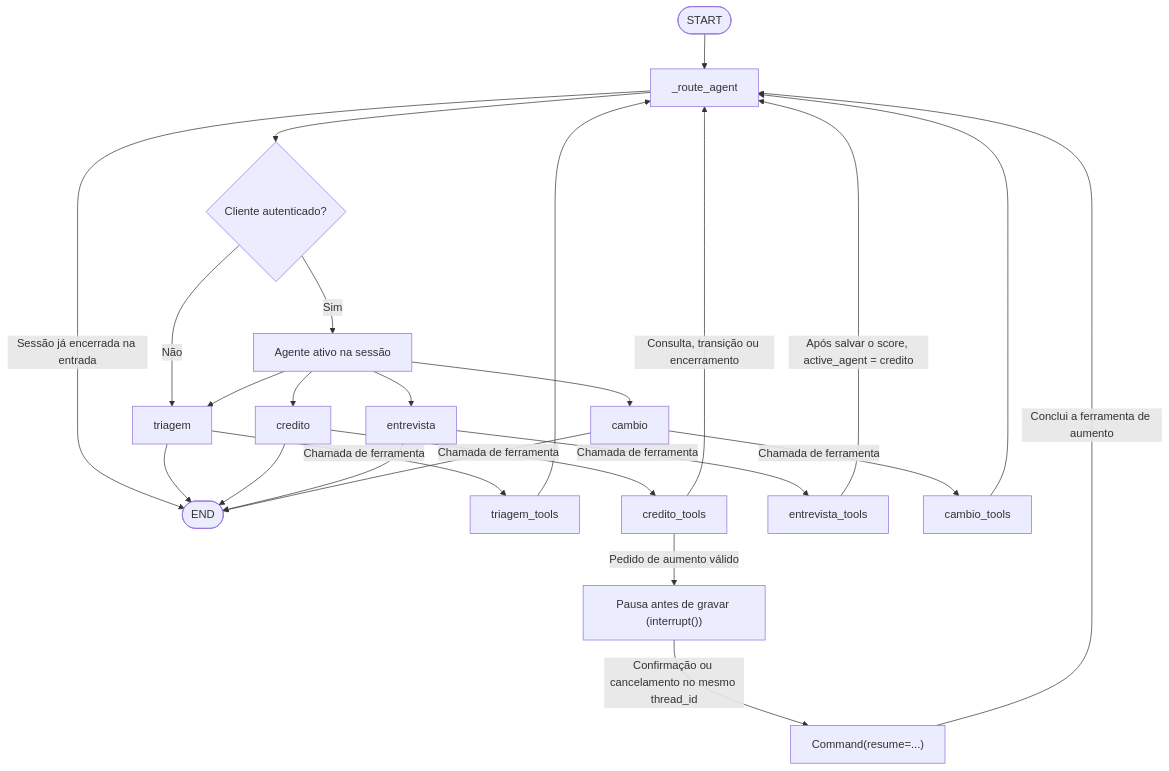
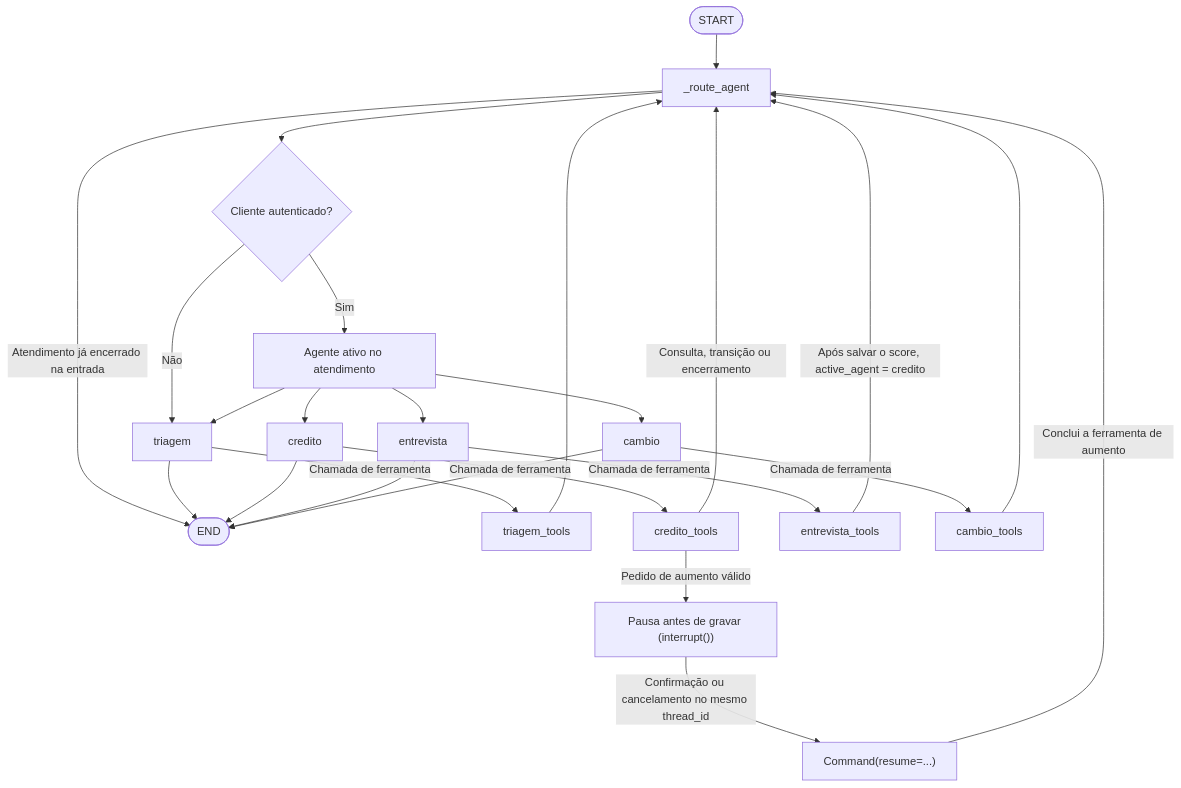
The first of 2 diagrams in README.md (LucasAlvsz/banco-agil-desafio-tecnico-omie), drawn with Mermaid before and after one commit. The commit also changed other lines of this file and 7 other files, not shown here.

````diff
--- a/README.md
+++ b/README.md
@@ -19,30 +19,30 @@
 ```mermaid
 flowchart TD
     start([START]) --> route["_route_agent"]
-    route -->|"Sessão já encerrada na entrada"| finish([END])
+    route -->|"Atendimento já encerrado na entrada"| finish([END])
     route --> gate{"Cliente autenticado?"}
     gate -->|Não| triagem["triagem"]
-    gate -->|Sim| active["Agente ativo na sessão"]
+    gate -->|Sim| active["Agente ativo no atendimento"]
     active --> triagem
     active --> credito["credito"]
     active --> entrevista["entrevista"]
     active --> cambio["cambio"]
 
     triagem -->|"Chamada de ferramenta"| triagem_tools["triagem_tools"]
     credito -->|"Chamada de ferramenta"| credito_tools["credito_tools"]
     entrevista -->|"Chamada de ferramenta"| entrevista_tools["entrevista_tools"]
     cambio -->|"Chamada de ferramenta"| cambio_tools["cambio_tools"]
 
     triagem_tools --> route
     credito_tools -->|"Consulta, transição ou encerramento"| route
     credito_tools -->|"Pedido de aumento válido"| pause["Pausa antes de gravar (interrupt())"]
     pause -->|"Confirmação ou cancelamento no mesmo thread_id"| resume["Command(resume=...)"]
     resume -->|"Conclui a ferramenta de aumento"| route
     entrevista_tools -->|"Após salvar o score, active_agent = credito"| route
     cambio_tools --> route
 
     triagem --> finish
     credito --> finish
     entrevista --> finish
     cambio --> finish
 ```
````
